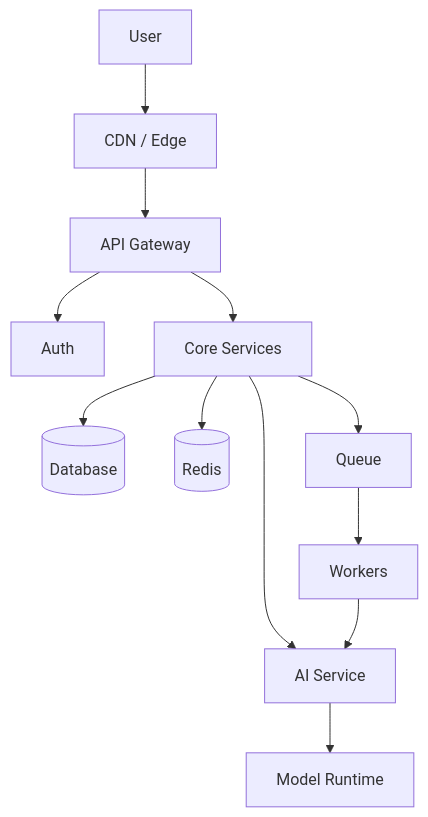
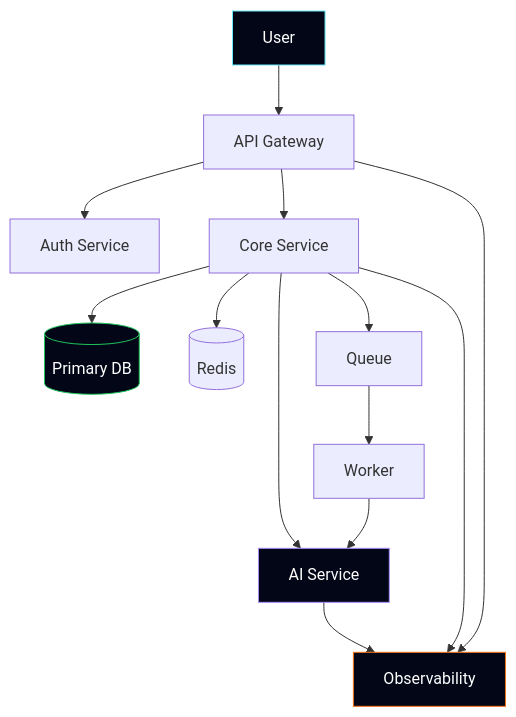
Before and after one commit to avinash9354/avinash9354: the third of 5 diagrams in README.md, drawn with Mermaid. The commit also changed other lines of this file, not shown here.

````diff
--- a/README.md
+++ b/README.md
@@ -442,14 +708,33 @@
 ```mermaid
 flowchart TB
-USER[User] --> EDGE[CDN / Edge]
-EDGE --> API[API Gateway]
-API --> AUTH[Auth]
-API --> CORE[Core Services]
-CORE --> DB[(Database)]
-CORE --> CACHE[(Redis)]
-CORE --> AI[AI Service]
-CORE --> QUEUE[Queue]
-QUEUE --> WORKER[Workers]
+
+USER[User]
+API[API Gateway]
+AUTH[Auth Service]
+CORE[Core Service]
+AI[AI Service]
+DB[(Primary DB)]
+CACHE[(Redis)]
+QUEUE[Queue]
+WORKER[Worker]
+OBS[Observability]
+
+USER --> API
+API --> AUTH
+API --> CORE
+CORE --> DB
+CORE --> CACHE
+CORE --> AI
+CORE --> QUEUE
+QUEUE --> WORKER
 WORKER --> AI
-AI --> MODEL[Model Runtime]
+
+API --> OBS
+CORE --> OBS
+AI --> OBS
+
+style USER fill:#020617,stroke:#67e8f9,color:#fff
+style AI fill:#020617,stroke:#a78bfa,color:#fff
+style DB fill:#020617,stroke:#22c55e,color:#fff
+style OBS fill:#020617,stroke:#f97316,color:#fff
 ```
````
